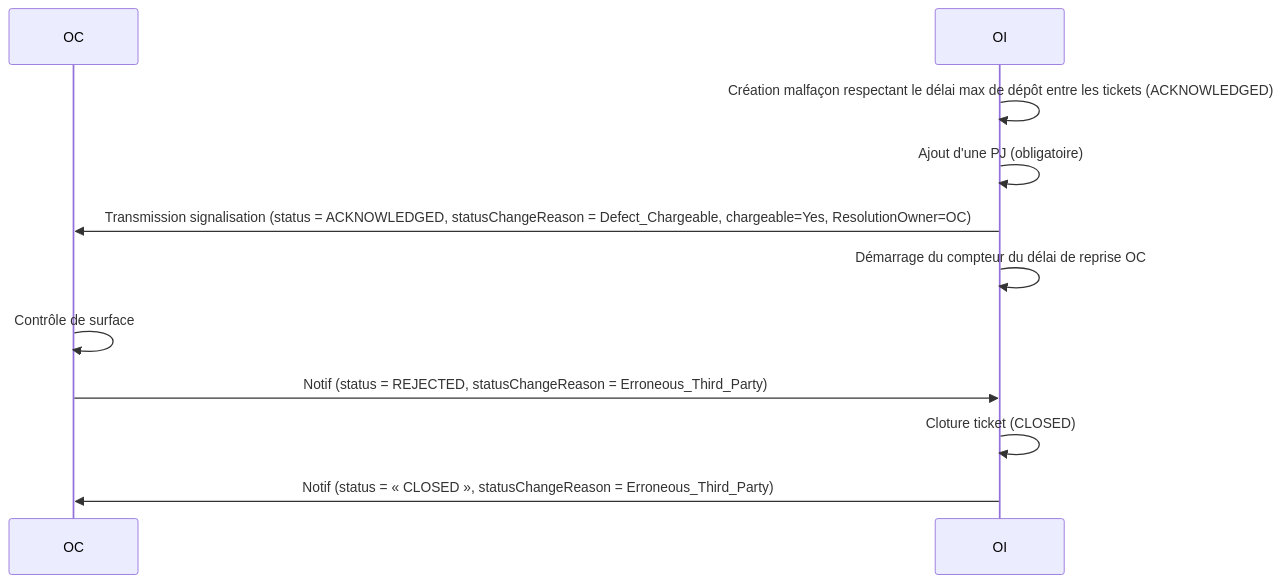
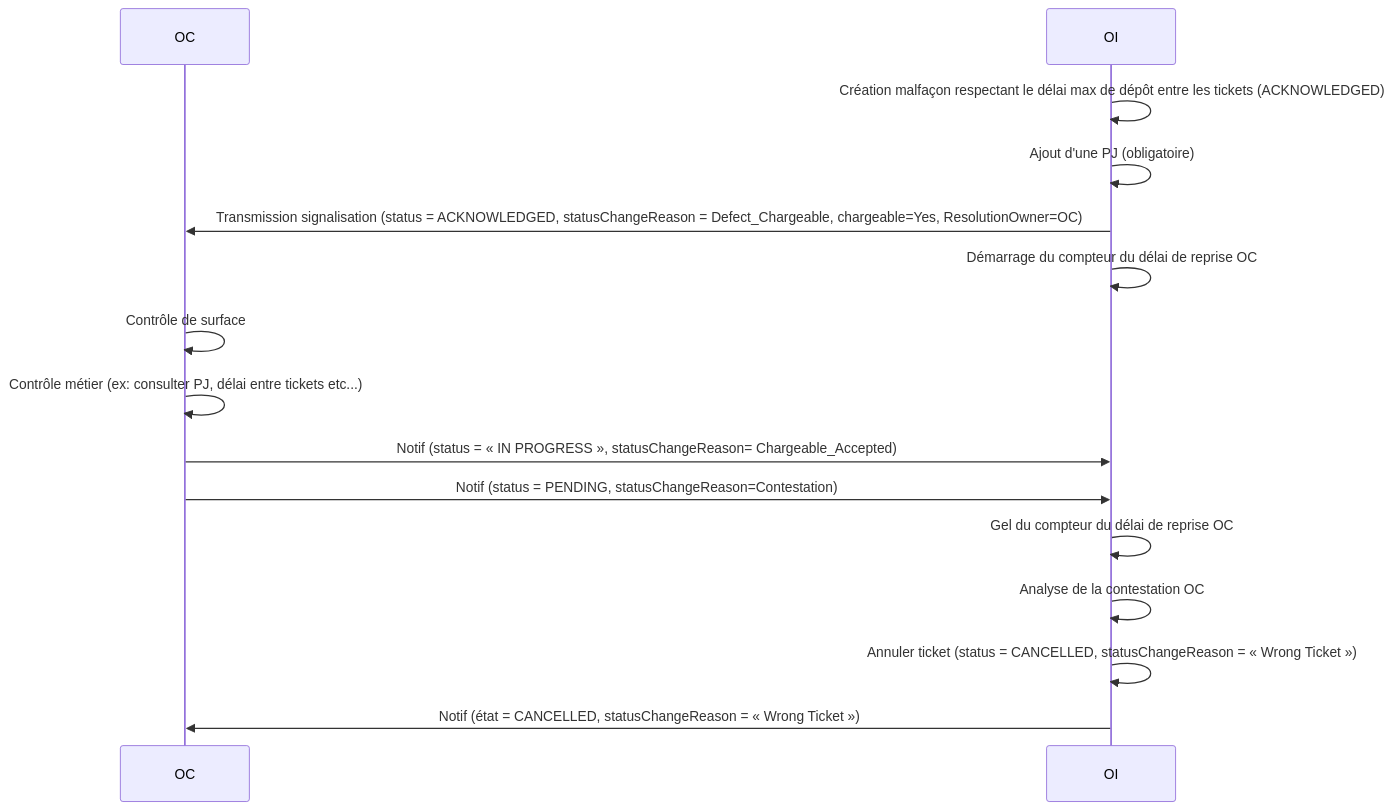
The tenth of 12 diagrams in README.md (before-interop/malfacon), drawn with Mermaid before and after one commit. The commit also changed other lines of this file, not shown here.

Commit message:
FinalisationContestation

````diff
--- a/README.md
+++ b/README.md
@@ -542,15 +530,19 @@
 ```mermaid
 sequenceDiagram
 
   participant OC
   participant OI
 
   OI->>OI: Création malfaçon respectant le délai max de dépôt entre les tickets (ACKNOWLEDGED)
   OI->>OI: Ajout d'une PJ (obligatoire)
   OI->>OC: Transmission signalisation (status = ACKNOWLEDGED, statusChangeReason = Defect_Chargeable, chargeable=Yes, ResolutionOwner=OC)
   OI->>OI: Démarrage du compteur du délai de reprise OC
   OC->>OC: Contrôle de surface
-  OC->>OI: Notif (status = REJECTED, statusChangeReason = Erroneous_Third_Party)
-  OI->>OI: Cloture ticket (CLOSED)
-  OI->>OC: Notif (status = « CLOSED », statusChangeReason = Erroneous_Third_Party)
+  OC->>OC: Contrôle métier (ex: consulter PJ, délai entre tickets etc...)
+  OC->>OI: Notif (status = « IN PROGRESS », statusChangeReason= Chargeable_Accepted)
+  OC->>OI: Notif (status = PENDING, statusChangeReason=Contestation)
+  OI->>OI: Gel du compteur du délai de reprise OC
+  OI->>OI: Analyse de la contestation OC
+  OI->>OI: Annuler ticket (status = CANCELLED, statusChangeReason = « Wrong Ticket »)
+  OI->>OC: Notif (état = CANCELLED, statusChangeReason = « Wrong Ticket »)
 ```
````
